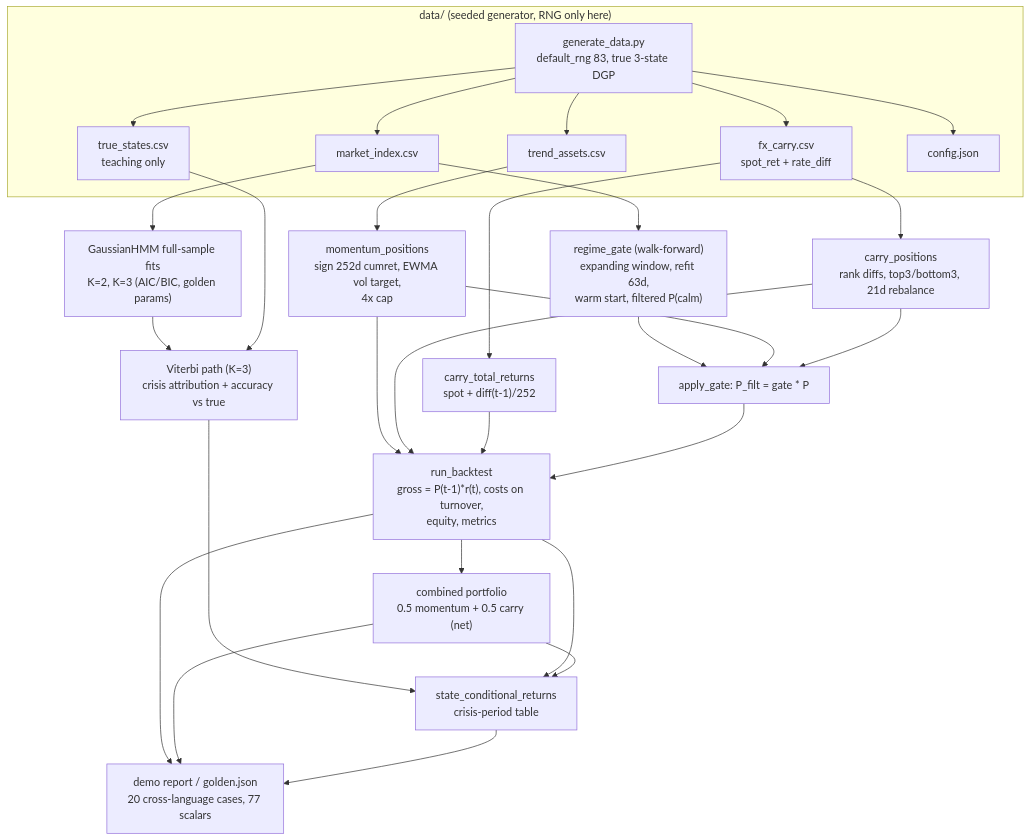
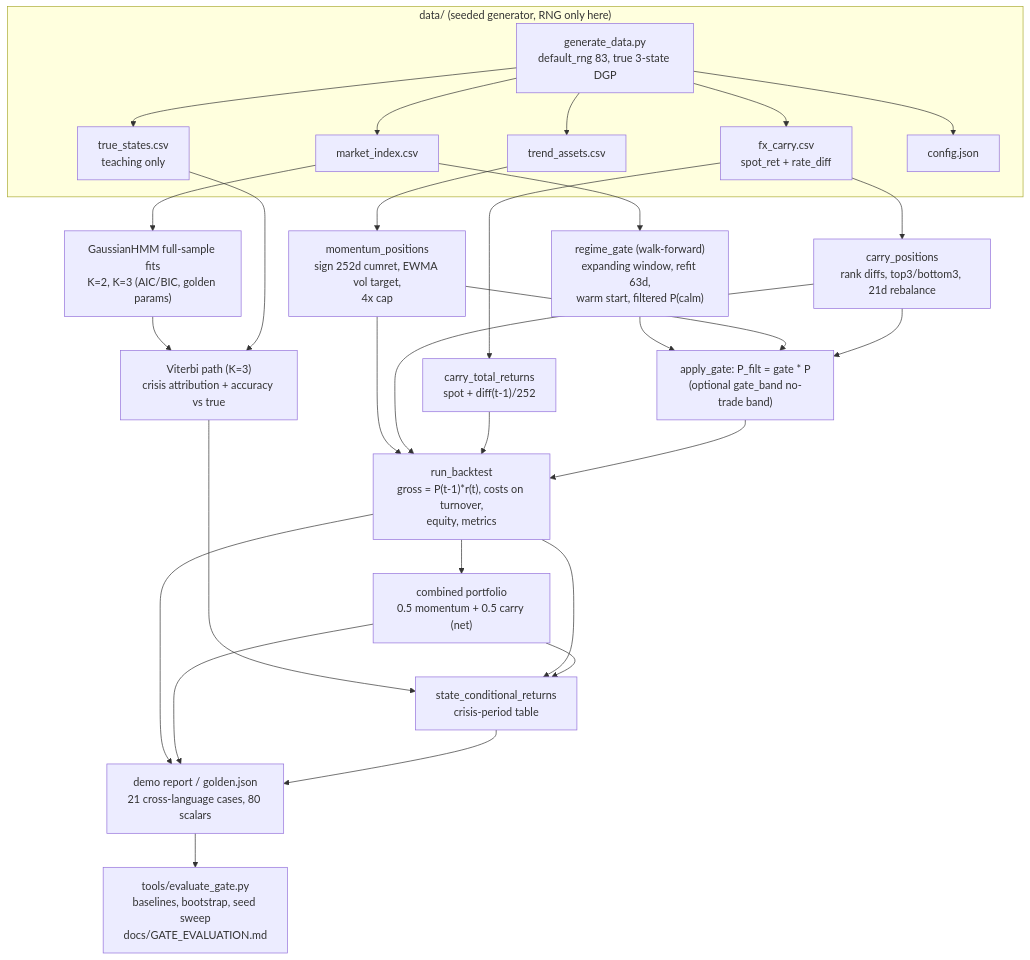
The diagram in docs/diagrams/pipeline_flow.mmd (AshJha0/regime-aware-trading), drawn with Mermaid before and after one commit. The commit also changed 17 other files, not shown here.

First line of the commit message:
Bring every doc, the site and the demos in line with the gate evaluation

```diff
--- a/docs/diagrams/pipeline_flow.mmd
+++ b/docs/diagrams/pipeline_flow.mmd
@@ -1,37 +1,38 @@
 flowchart TD
     subgraph DATA["data/ (seeded generator, RNG only here)"]
         GEN[generate_data.py<br/>default_rng 83, true 3-state DGP]
         IDX[market_index.csv]
         TRD[trend_assets.csv]
         FX[fx_carry.csv<br/>spot_ret + rate_diff]
         TRU[true_states.csv<br/>teaching only]
         CFG[config.json]
         GEN --> IDX & TRD & FX & TRU & CFG
     end
 
     IDX --> HMMFULL["GaussianHMM full-sample fits<br/>K=2, K=3 (AIC/BIC, golden params)"]
     HMMFULL --> VIT["Viterbi path (K=3)<br/>crisis attribution + accuracy vs true"]
     TRU --> VIT
     IDX --> GATE["regime_gate (walk-forward)<br/>expanding window, refit 63d,<br/>warm start, filtered P(calm)"]
 
     TRD --> MOM["momentum_positions<br/>sign 252d cumret, EWMA vol target,<br/>4x cap"]
     FX --> CAR["carry_positions<br/>rank diffs, top3/bottom3, 21d rebalance"]
     FX --> CRET["carry_total_returns<br/>spot + diff(t-1)/252"]
 
-    GATE --> APG["apply_gate: P_filt = gate * P"]
+    GATE --> APG["apply_gate: P_filt = gate * P<br/>(optional gate_band no-trade band)"]
     MOM --> APG
     CAR --> APG
 
     MOM --> BT["run_backtest<br/>gross = P(t-1)*r(t), costs on turnover,<br/>equity, metrics"]
     CAR --> BT
     CRET --> BT
     APG --> BT
 
     BT --> COMB["combined portfolio<br/>0.5 momentum + 0.5 carry (net)"]
     VIT --> CRISIS["state_conditional_returns<br/>crisis-period table"]
     BT --> CRISIS
     COMB --> CRISIS
 
-    BT --> OUT["demo report / golden.json<br/>20 cross-language cases, 77 scalars"]
+    BT --> OUT["demo report / golden.json<br/>21 cross-language cases, 80 scalars"]
     COMB --> OUT
     CRISIS --> OUT
+    OUT --> EVAL["tools/evaluate_gate.py<br/>baselines, bootstrap, seed sweep<br/>docs/GATE_EVALUATION.md"]
```
